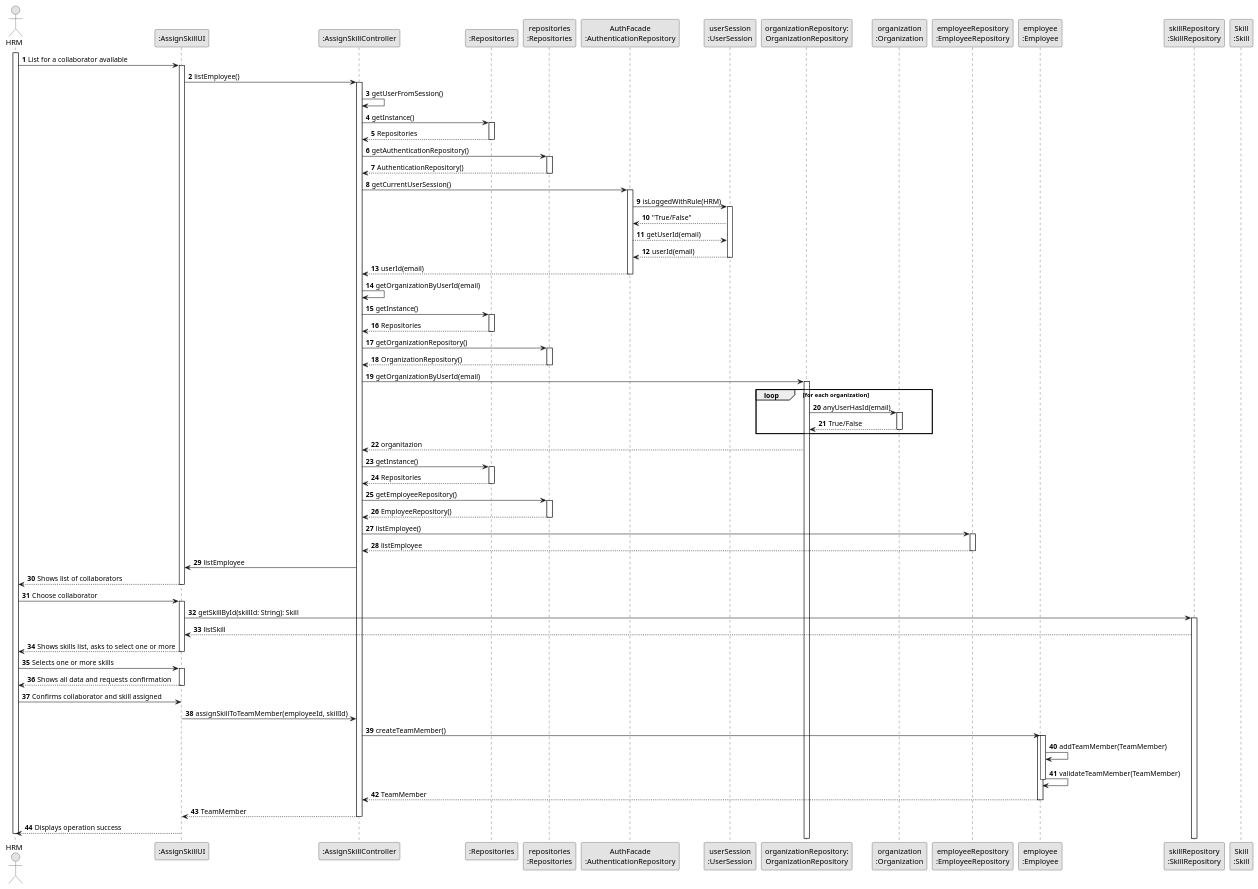
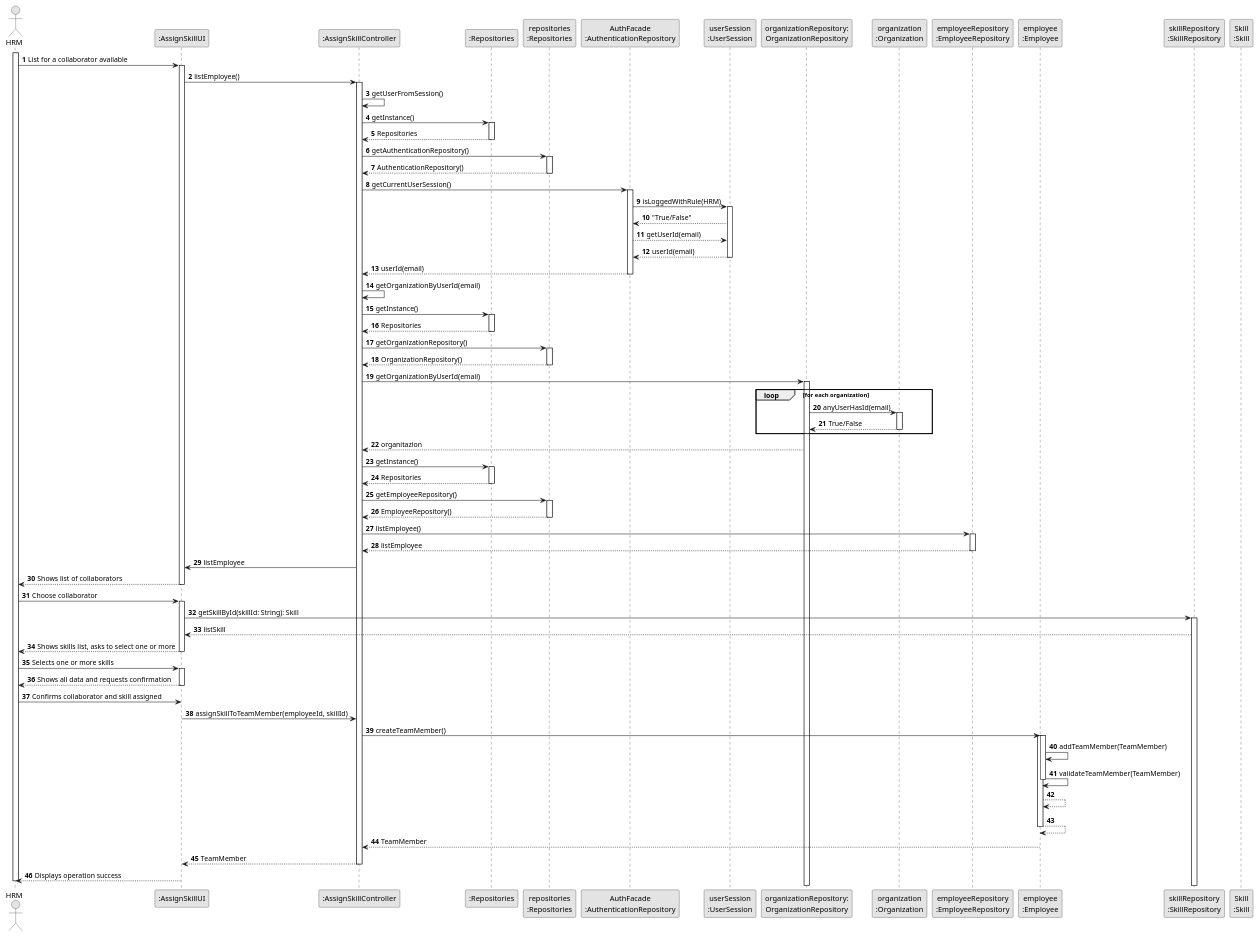
One commit to Mendoncaa/LAPR2 changed the diagram in docs/sprintC/us004/03.design/puml/us004-sequence-diagram-full.puml. Above: the diagram before and after it, drawn with PlantUML. The commit also changed 4 other files, not shown here.

Commit message:
Update class diagram US01; Update sequence diagram (US01, US04, US28)

```diff
--- a/docs/sprintC/us004/03.design/puml/us004-sequence-diagram-full.puml
+++ b/docs/sprintC/us004/03.design/puml/us004-sequence-diagram-full.puml
@@ -1,148 +1,152 @@
 @startuml
 skinparam monochrome true
 skinparam packageStyle rectangle
 skinparam shadowing false
 
 autonumber
 
 'hide footbox
 
 actor "HRM" as ADM
 participant ":AssignSkillUI" as UI
 participant ":AssignSkillController" as CTRL
 participant ":Repositories" as RepositorySingleton
 participant "repositories\n:Repositories" as PLAT
 participant "AuthFacade\n:AuthenticationRepository" as AUTHREP
 participant "userSession\n:UserSession" as USER
 participant "organizationRepository:\nOrganizationRepository" as OrganizationRepository
 participant "organization\n:Organization" as ORG
 participant "employeeRepository\n:EmployeeRepository" as EmployeeRepository
 participant "employee\n:Employee" as Employee
 participant "skillRepository\n:SkillRepository" as SkillRepository
 participant "Skill\n:Skill" as SKILL
 
 activate ADM
 
     ADM -> UI : List for a collaborator available
     activate UI
 
     UI -> CTRL : listEmployee()
     activate CTRL
 
     CTRL -> CTRL : getUserFromSession()
 
         CTRL -> RepositorySingleton : getInstance()
         activate RepositorySingleton
         CTRL <-- RepositorySingleton : Repositories
         deactivate RepositorySingleton
 
         CTRL -> PLAT : getAuthenticationRepository()
         activate PLAT
         CTRL <-- PLAT : AuthenticationRepository()
         deactivate PLAT
 
         CTRL -> AUTHREP : getCurrentUserSession()
         activate AUTHREP
 
         AUTHREP -> USER : isLoggedWithRule(HRM)
         activate USER
 
         AUTHREP <-- USER : "True/False"
         AUTHREP --> USER : getUserId(email)
         AUTHREP <-- USER : userId(email)
         deactivate USER
 
         CTRL <-- AUTHREP : userId(email)
         deactivate AUTHREP
 
         CTRL -> CTRL : getOrganizationByUserId(email)
 
         CTRL -> RepositorySingleton : getInstance()
         activate RepositorySingleton
         CTRL <-- RepositorySingleton : Repositories
         deactivate RepositorySingleton
 
         CTRL -> PLAT : getOrganizationRepository()
         activate PLAT
         CTRL <-- PLAT : OrganizationRepository()
         deactivate PLAT
 
         CTRL -> OrganizationRepository :getOrganizationByUserId(email)
         activate OrganizationRepository
         loop for each organization
         OrganizationRepository -> ORG : anyUserHasId(email)
         activate ORG
         OrganizationRepository <-- ORG : True/False
         deactivate ORG
         end loop
 
         CTRL <-- OrganizationRepository : organitazion
 
 
         CTRL -> RepositorySingleton : getInstance()
         activate RepositorySingleton
         CTRL <-- RepositorySingleton : Repositories
         deactivate RepositorySingleton
 
         CTRL -> PLAT : getEmployeeRepository()
         activate PLAT
         CTRL <-- PLAT : EmployeeRepository()
         deactivate PLAT
 
         CTRL -> EmployeeRepository : listEmployee()
         activate EmployeeRepository
         CTRL <-- EmployeeRepository : listEmployee
         deactivate EmployeeRepository
 
         UI <- CTRL: listEmployee
 
 
     UI --> ADM : Shows list of collaborators
     deactivate UI
 
     ADM -> UI : Choose collaborator
     activate UI
 
         UI -> SkillRepository : getSkillById(skillId: String): Skill
         activate SkillRepository
         UI <-- SkillRepository : listSkill
         deactivate EmployeeRepository
 
     UI --> ADM : Shows skills list, asks to select one or more
     deactivate UI
 
     ADM -> UI : Selects one or more skills
     activate UI
 
     UI --> ADM : Shows all data and requests confirmation
     deactivate UI
 
     ADM -> UI : Confirms collaborator and skill assigned
     deactivate UI
 
     UI -> CTRL : assignSkillToTeamMember(employeeId, skillId)
 
     CTRL -> Employee: createTeamMember()
         activate Employee
 
-        activate Employee
+    activate Employee
         Employee -> Employee: addTeamMember(TeamMember)
         Employee -> Employee: validateTeamMember(TeamMember)
 
+     deactivate Employee
 
-        deactivate Employee
+     Employee --> Employee
+     Employee --> Employee
+     deactivate Employee
+
 
         Employee --> CTRL : TeamMember
 
         deactivate Employee
 
         CTRL --> UI: TeamMember
         deactivate CTRL
         UI --> ADM: Displays operation success
         deactivate UI
 
 
 deactivate ADM
 
 
 @enduml
```
